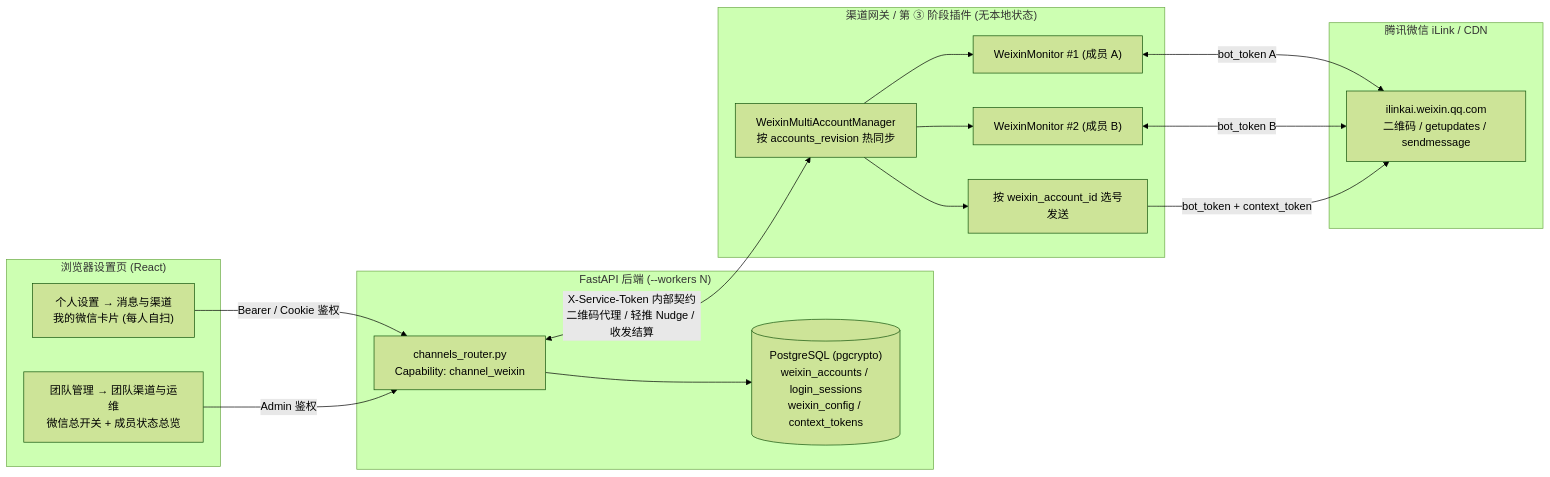
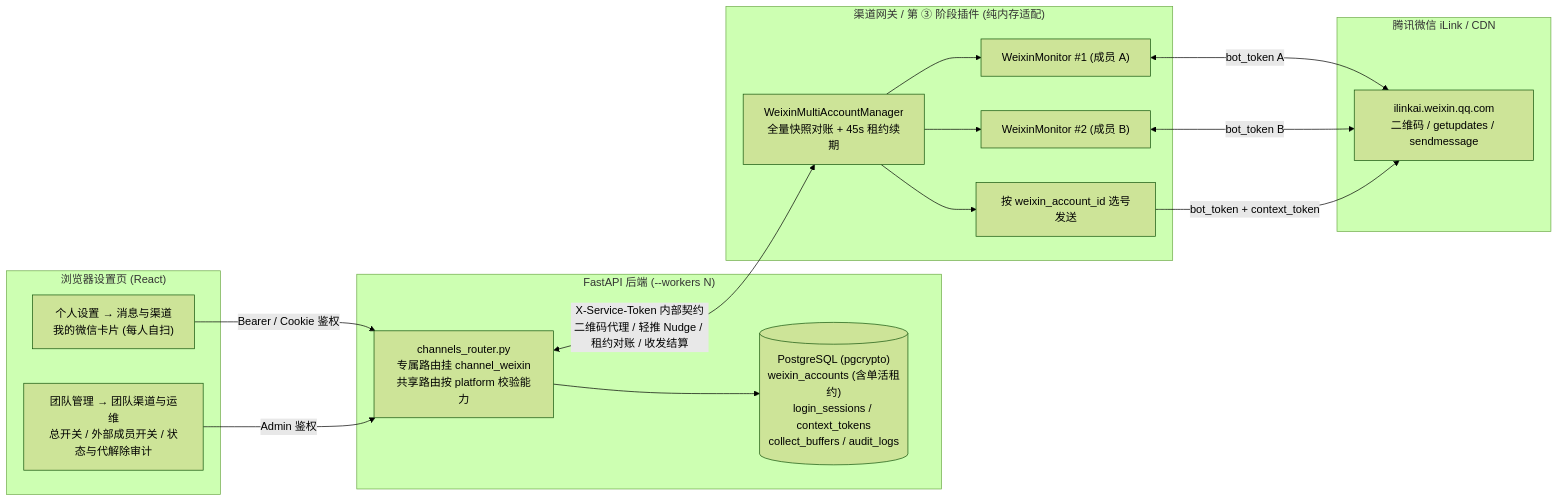
Before and after one commit to everflowinv/dalton-langalpha: the diagram in docs/dalton/features/weixin-multi-account.md, drawn with Mermaid (forest theme). The commit also changed other lines of this file, not shown here.

Commit message:
docs(weixin): multi-account design r2 addresses codex and grok round 1

````diff
--- a/docs/dalton/features/weixin-multi-account.md
+++ b/docs/dalton/features/weixin-multi-account.md
@@ -30,34 +41,34 @@
 ```mermaid
 flowchart LR
     subgraph Browser["浏览器设置页 (React)"]
         MemberUI["个人设置 → 消息与渠道<br/>我的微信卡片 (每人自扫)"]
-        AdminUI["团队管理 → 团队渠道与运维<br/>微信总开关 + 成员状态总览"]
+        AdminUI["团队管理 → 团队渠道与运维<br/>总开关 / 外部成员开关 / 状态与代解除审计"]
     end
 
     subgraph Backend["FastAPI 后端 (--workers N)"]
-        Router["channels_router.py<br/>Capability: channel_weixin"]
-        DB[("PostgreSQL (pgcrypto)<br/>weixin_accounts / login_sessions<br/>weixin_config / context_tokens")]
+        Router["channels_router.py<br/>专属路由挂 channel_weixin<br/>共享路由按 platform 校验能力"]
+        DB[("PostgreSQL (pgcrypto)<br/>weixin_accounts (含单活租约)<br/>login_sessions / context_tokens<br/>collect_buffers / audit_logs")]
         Router --> DB
     end
 
-    subgraph Gateway["渠道网关 / 第 ③ 阶段插件 (无本地状态)"]
-        Mgr["WeixinMultiAccountManager<br/>按 accounts_revision 热同步"]
+    subgraph Gateway["渠道网关 / 第 ③ 阶段插件 (纯内存适配)"]
+        Mgr["WeixinMultiAccountManager<br/>全量快照对账 + 45s 租约续期"]
         M1["WeixinMonitor #1 (成员 A)"]
         M2["WeixinMonitor #2 (成员 B)"]
         Send["按 weixin_account_id 选号发送"]
         Mgr --> M1
         Mgr --> M2
         Mgr --> Send
     end
 
     subgraph WeChat["腾讯微信 iLink / CDN"]
         ILink["ilinkai.weixin.qq.com<br/>二维码 / getupdates / sendmessage"]
     end
 
     MemberUI -->|"Bearer / Cookie 鉴权"| Router
     AdminUI -->|"Admin 鉴权"| Router
-    Router <-->|"X-Service-Token 内部契约<br/>二维码代理 / 轻推 Nudge / 收发结算"| Mgr
+    Router <-->|"X-Service-Token 内部契约<br/>二维码代理 / 轻推 Nudge / 租约对账 / 收发结算"| Mgr
     M1 <-->|"bot_token A"| ILink
     M2 <-->|"bot_token B"| ILink
     Send -->|"bot_token + context_token"| ILink
 ```
````
